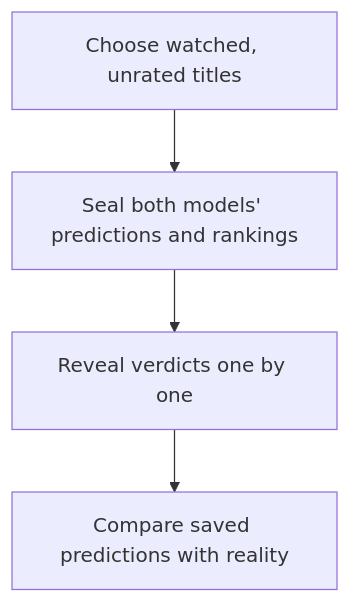
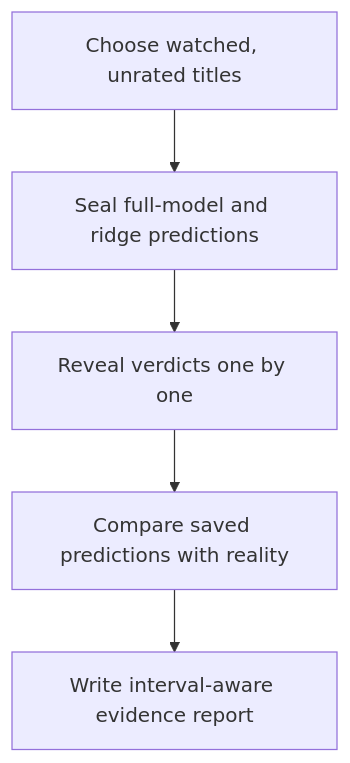
One commit to sarathkumar365/entertainer changed the sixth of 7 diagrams in docs/HOW_IT_WORKS.md. Above: the diagram before and after it, drawn with Mermaid. The commit also changed other lines of this file, not shown here.

Commit message:
docs: narrate recommender architecture

````diff
--- a/docs/HOW_IT_WORKS.md
+++ b/docs/HOW_IT_WORKS.md
@@ -277,6 +144,7 @@
-```mermaid
+~~~mermaid
 flowchart TD
-    pool[Choose watched, unrated titles] --> seal[Seal both models' predictions and rankings]
+    pool[Choose watched, unrated titles] --> seal[Seal full-model and ridge predictions]
     seal --> reveal[Reveal verdicts one by one]
     reveal --> compare[Compare saved predictions with reality]
-```
+    compare --> report[Write interval-aware evidence report]
+~~~
````
